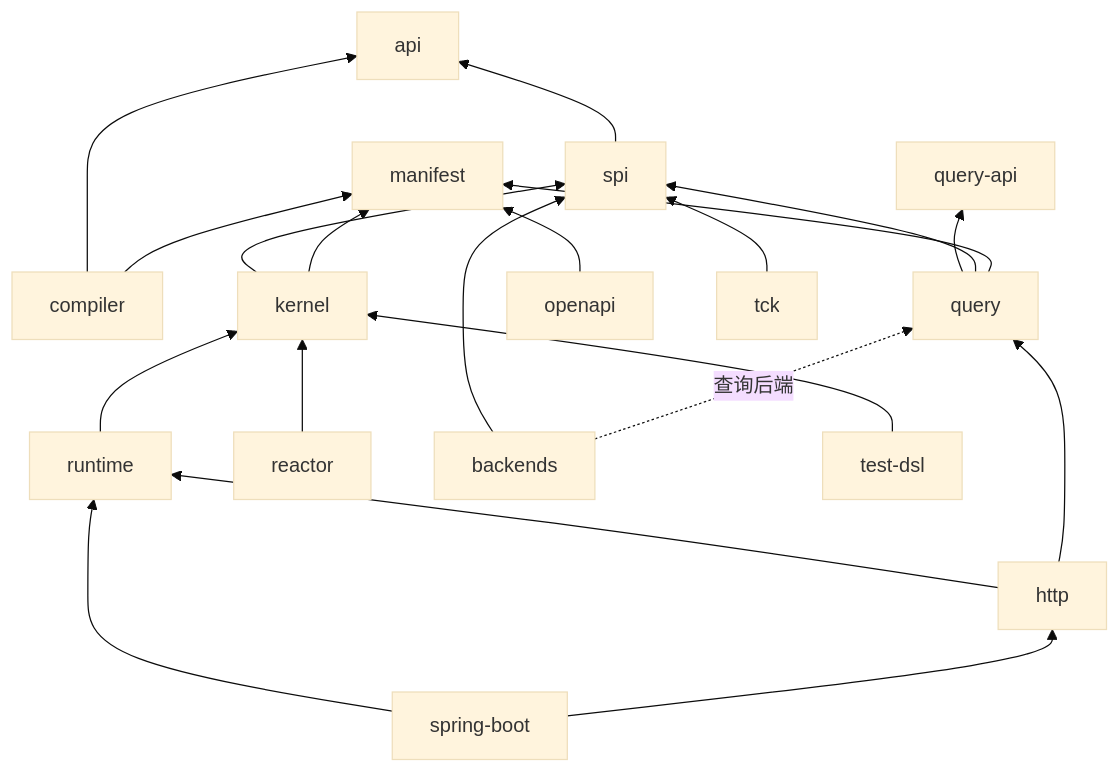
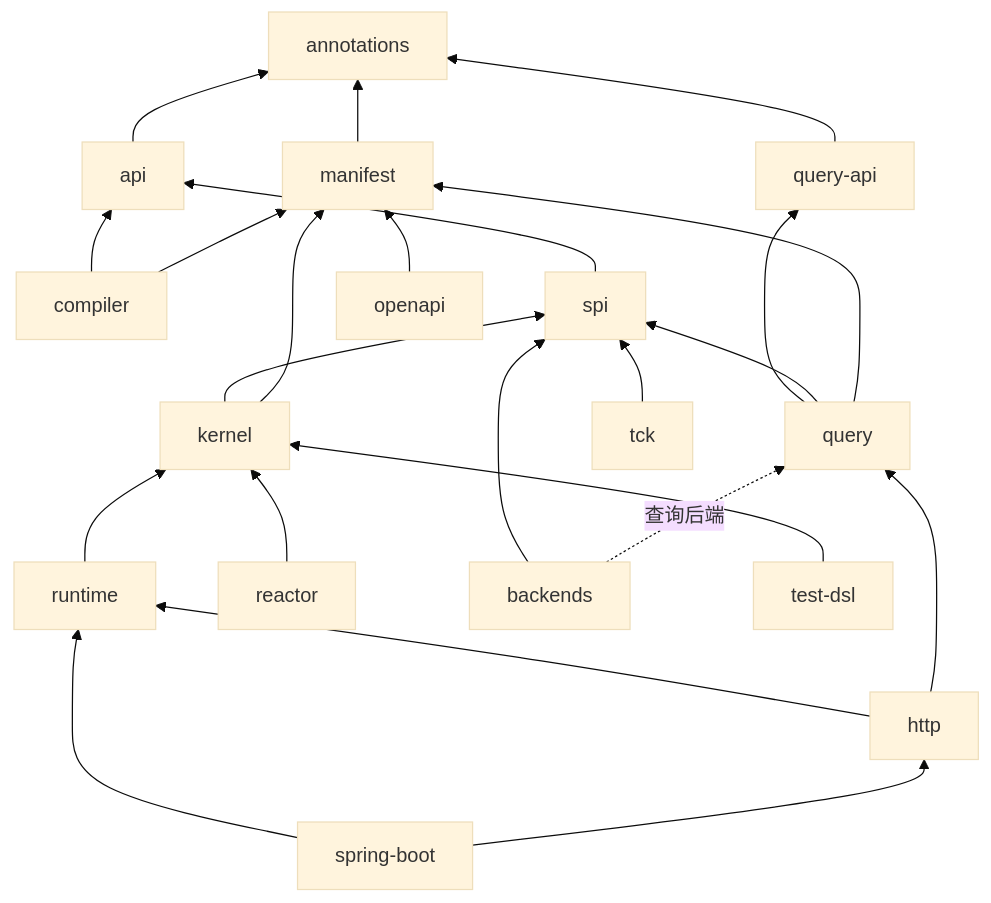
The diagram in documentation/docs/zh/contribute/index.md (Ahoo-Wang/Wow), drawn with Mermaid (base theme) before and after one commit. The commit also changed other lines of this file and 20 other files, not shown here.

````diff
--- a/documentation/docs/zh/contribute/index.md
+++ b/documentation/docs/zh/contribute/index.md
@@ -35,19 +35,20 @@
 ```mermaid
 flowchart BT
-    API[api]
-    QAPI[query-api]
-    MAN[manifest]
+    ANN[annotations]
+    API[api] --> ANN
+    QAPI[query-api] --> ANN
+    MAN[manifest] --> ANN
     COMP[compiler] --> API & MAN
     SPI[spi] --> API
     KER[kernel] --> SPI & MAN
     RT[runtime] --> KER
     RX[reactor] --> KER
     Q[query] --> QAPI & SPI & MAN
     BE[backends] --> SPI
     BE -. 查询后端 .-> Q
     HTTP[http] --> RT & Q
     OAPI[openapi] --> MAN
     HOST[spring-boot] --> RT & HTTP
     TEST[test-dsl] --> KER
     TCK[tck] --> SPI
 ```
````
